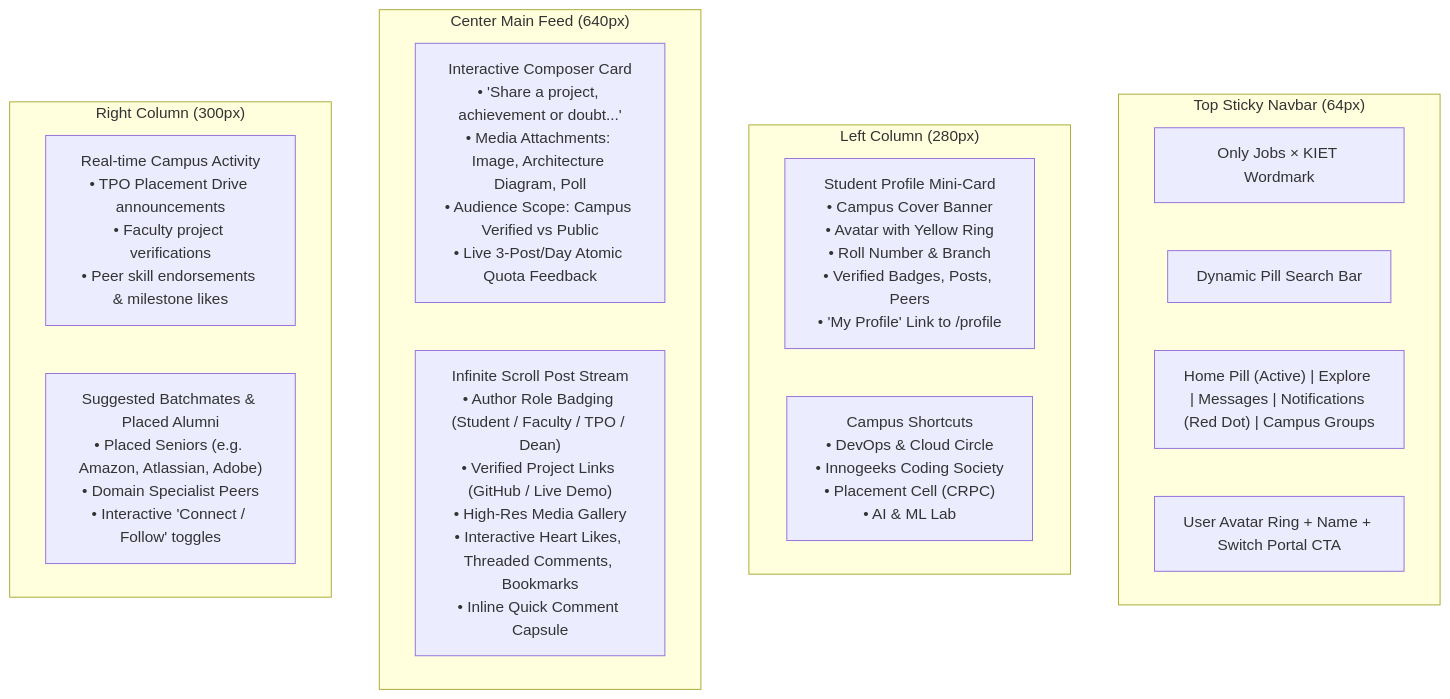
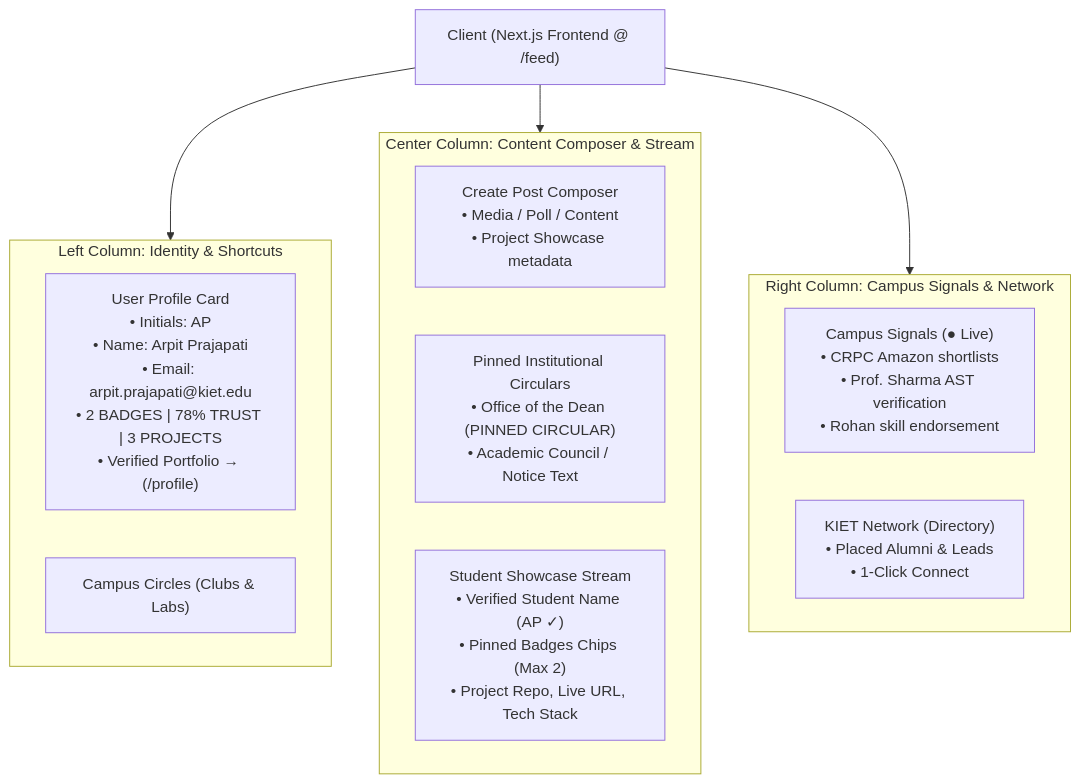
One commit to ARPITPRAJAPATI/Only_jobs changed the diagram in plan/campus_feed_architecture.md. Above: the diagram before and after it, drawn with Mermaid. The commit also changed other lines of this file and 2 other files, not shown here.

Commit message:
docs: add comprehensive backend architecture maps and implementation plans

````diff
--- a/plan/campus_feed_architecture.md
+++ b/plan/campus_feed_architecture.md
@@ -330,24 +25,24 @@
 ```mermaid
-graph TD
-    subgraph Navbar ["Top Sticky Navbar (64px)"]
-        Logo["Only Jobs × KIET Wordmark"]
-        SearchPill["Dynamic Pill Search Bar"]
-        NavTabs["Home Pill (Active) | Explore | Messages | Notifications (Red Dot) | Campus Groups"]
-        ProfileSwitch["User Avatar Ring + Name + Switch Portal CTA"]
+flowchart TD
+    Client["Client (Next.js Frontend @ /feed)"]
+    
+    subgraph Column1 ["Left Column: Identity & Shortcuts"]
+        ProfileCard["User Profile Card<br/>• Initials: AP<br/>• Name: Arpit Prajapati<br/>• Email: arpit.prajapati@kiet.edu<br/>• 2 BADGES | 78% TRUST | 3 PROJECTS<br/>• Verified Portfolio → (/profile)"]
+        Circles["Campus Circles (Clubs & Labs)"]
     end
 
-    subgraph Column1 ["Left Column (280px)"]
-        C1_Profile["Student Profile Mini-Card<br/>• Campus Cover Banner<br/>• Avatar with Yellow Ring<br/>• Roll Number & Branch<br/>• Verified Badges, Posts, Peers<br/>• 'My Profile' Link to /profile"]
-        C1_Shortcuts["Campus Shortcuts<br/>• DevOps & Cloud Circle<br/>• Innogeeks Coding Society<br/>• Placement Cell (CRPC)<br/>• AI & ML Lab"]
+    subgraph Column2 ["Center Column: Content Composer & Stream"]
+        Composer["Create Post Composer<br/>• Media / Poll / Content<br/>• Project Showcase metadata"]
+        PinnedNotices["Pinned Institutional Circulars<br/>• Office of the Dean (PINNED CIRCULAR)<br/>• Academic Council / Notice Text"]
+        StudentPosts["Student Showcase Stream<br/>• Verified Student Name (AP ✓)<br/>• Pinned Badges Chips (Max 2)<br/>• Project Repo, Live URL, Tech Stack"]
     end
 
-    subgraph Column2 ["Center Main Feed (640px)"]
-        C2_Composer["Interactive Composer Card<br/>• 'Share a project, achievement or doubt...'<br/>• Media Attachments: Image, Architecture Diagram, Poll<br/>• Audience Scope: Campus Verified vs Public<br/>• Live 3-Post/Day Atomic Quota Feedback"]
-        C2_Feed["Infinite Scroll Post Stream<br/>• Author Role Badging (Student / Faculty / TPO / Dean)<br/>• Verified Project Links (GitHub / Live Demo)<br/>• High-Res Media Gallery<br/>• Interactive Heart Likes, Threaded Comments, Bookmarks<br/>• Inline Quick Comment Capsule"]
+    subgraph Column3 ["Right Column: Campus Signals & Network"]
+        LiveSignals["Campus Signals (● Live)<br/>• CRPC Amazon shortlists<br/>• Prof. Sharma AST verification<br/>• Rohan skill endorsement"]
+        Network["KIET Network (Directory)<br/>• Placed Alumni & Leads<br/>• 1-Click Connect"]
     end
 
-    subgraph Column3 ["Right Column (300px)"]
-        C3_Activity["Real-time Campus Activity<br/>• TPO Placement Drive announcements<br/>• Faculty project verifications<br/>• Peer skill endorsements & milestone likes"]
-        C3_Suggested["Suggested Batchmates & Placed Alumni<br/>• Placed Seniors (e.g. Amazon, Atlassian, Adobe)<br/>• Domain Specialist Peers<br/>• Interactive 'Connect / Follow' toggles"]
-    end
+    Client --> Column1
+    Client --> Column2
+    Client --> Column3
 ```
````
